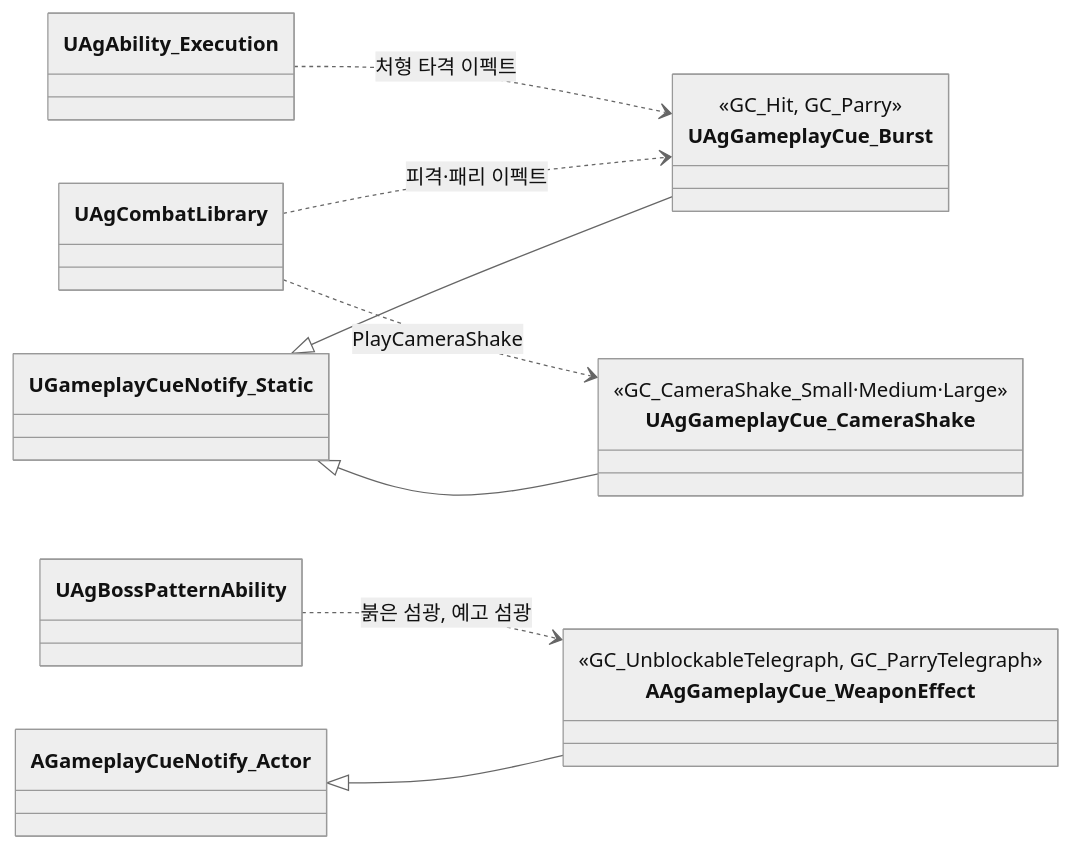
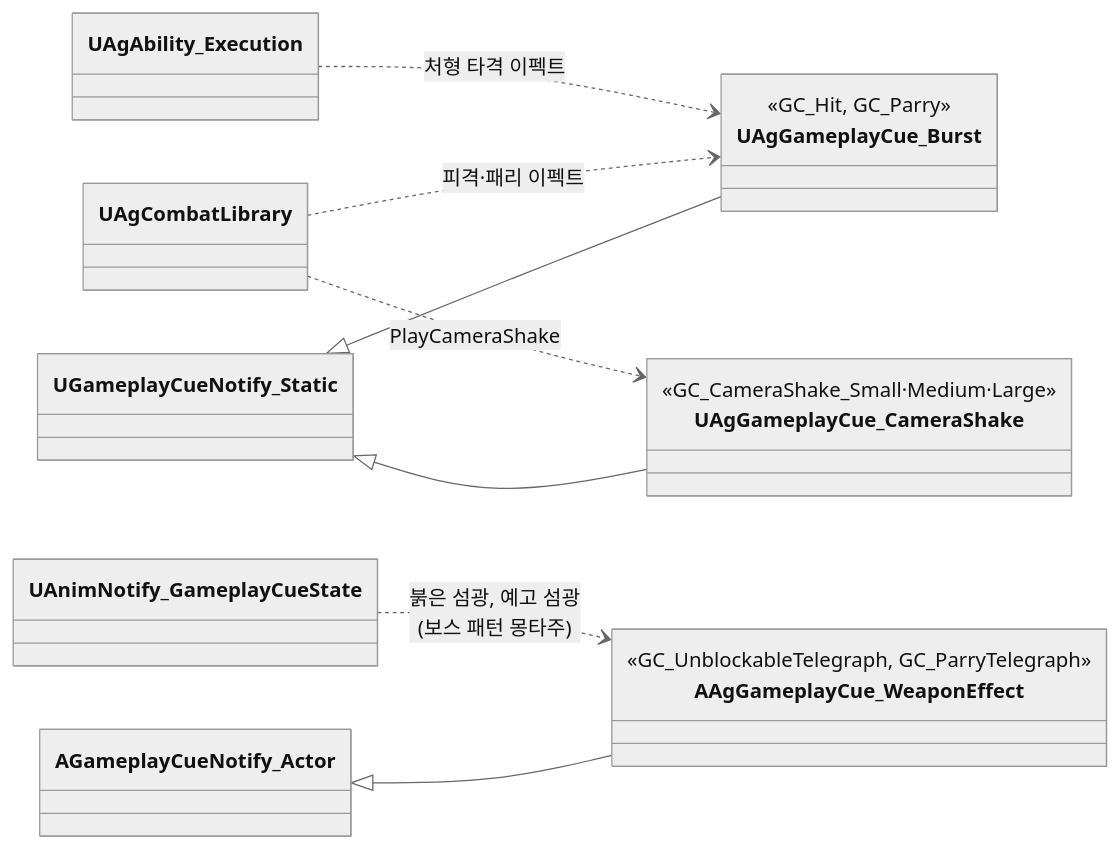
Before and after one commit to Woogl/Ag: the tenth of 20 diagrams in Docs/Program/클래스 구조도.md, drawn with Mermaid (neutral theme). The commit also changed other lines of this file and 24 other files, not shown here.

````diff
--- a/Docs/Program/클래스 구조도.md
+++ b/Docs/Program/클래스 구조도.md
@@ -399,21 +397,21 @@
 ```mermaid
 classDiagram
     direction LR
     class UAgGameplayCue_Burst {
         <<GC_Hit, GC_Parry>>
     }
     class UAgGameplayCue_CameraShake {
         <<GC_CameraShake_Small·Medium·Large>>
     }
     class AAgGameplayCue_WeaponEffect {
         <<GC_UnblockableTelegraph, GC_ParryTelegraph>>
     }
     UGameplayCueNotify_Static <|-- UAgGameplayCue_Burst
     UGameplayCueNotify_Static <|-- UAgGameplayCue_CameraShake
     AGameplayCueNotify_Actor <|-- AAgGameplayCue_WeaponEffect
 
     UAgCombatLibrary ..> UAgGameplayCue_Burst : 피격·패리 이펙트
     UAgCombatLibrary ..> UAgGameplayCue_CameraShake : PlayCameraShake
     UAgAbility_Execution ..> UAgGameplayCue_Burst : 처형 타격 이펙트
-    UAgBossPatternAbility ..> AAgGameplayCue_WeaponEffect : 붉은 섬광, 예고 섬광
+    UAnimNotify_GameplayCueState ..> AAgGameplayCue_WeaponEffect : 붉은 섬광, 예고 섬광<br>(보스 패턴 몽타주)
 ```
````
